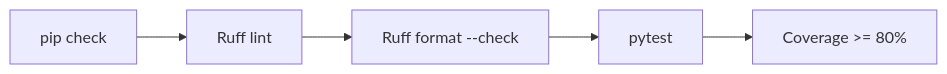
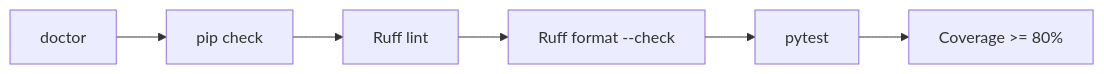
One commit to k-systems202208/python-sqlite-tailscale-webapp-template changed the second of 4 diagrams in docs/DEVELOPMENT.md. Above: the diagram before and after it, drawn with Mermaid. The commit also changed other lines of this file and 10 other files, not shown here.

````diff
--- a/docs/DEVELOPMENT.md
+++ b/docs/DEVELOPMENT.md
@@ -63,7 +87,8 @@
 ```mermaid
 flowchart LR
-    P["pip check"] --> L["Ruff lint"]
+    D["doctor"] --> P["pip check"]
+    P --> L["Ruff lint"]
     L --> F["Ruff format --check"]
     F --> T["pytest"]
     T --> C["Coverage >= 80%"]
 ```
````
